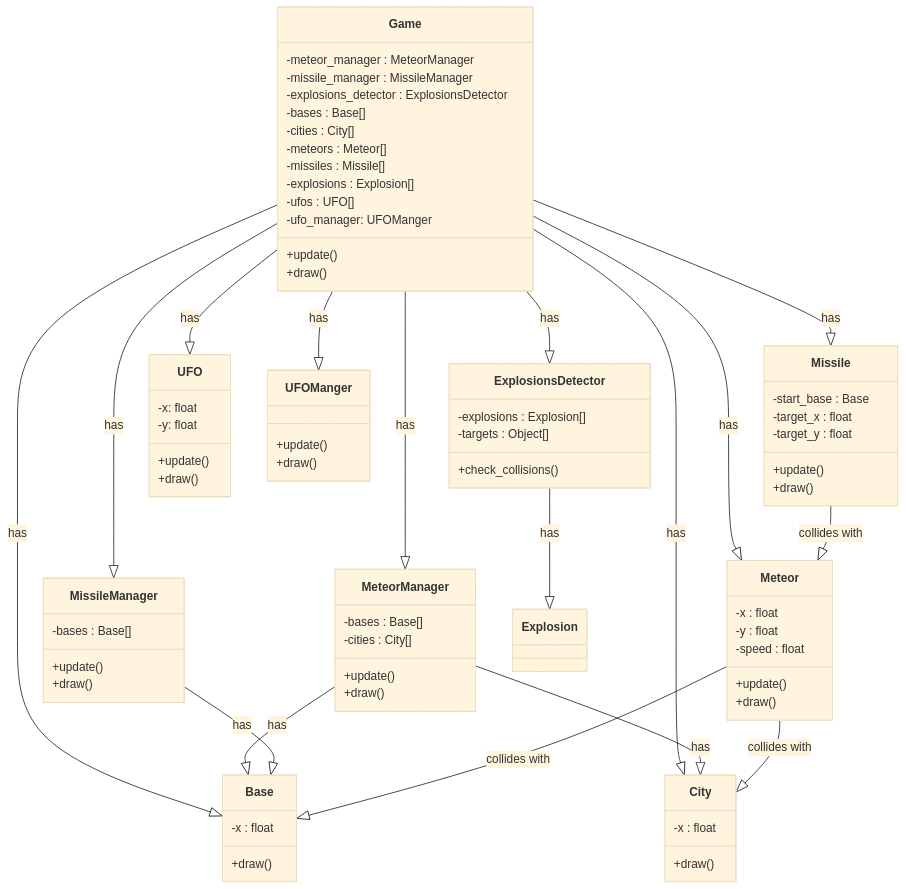
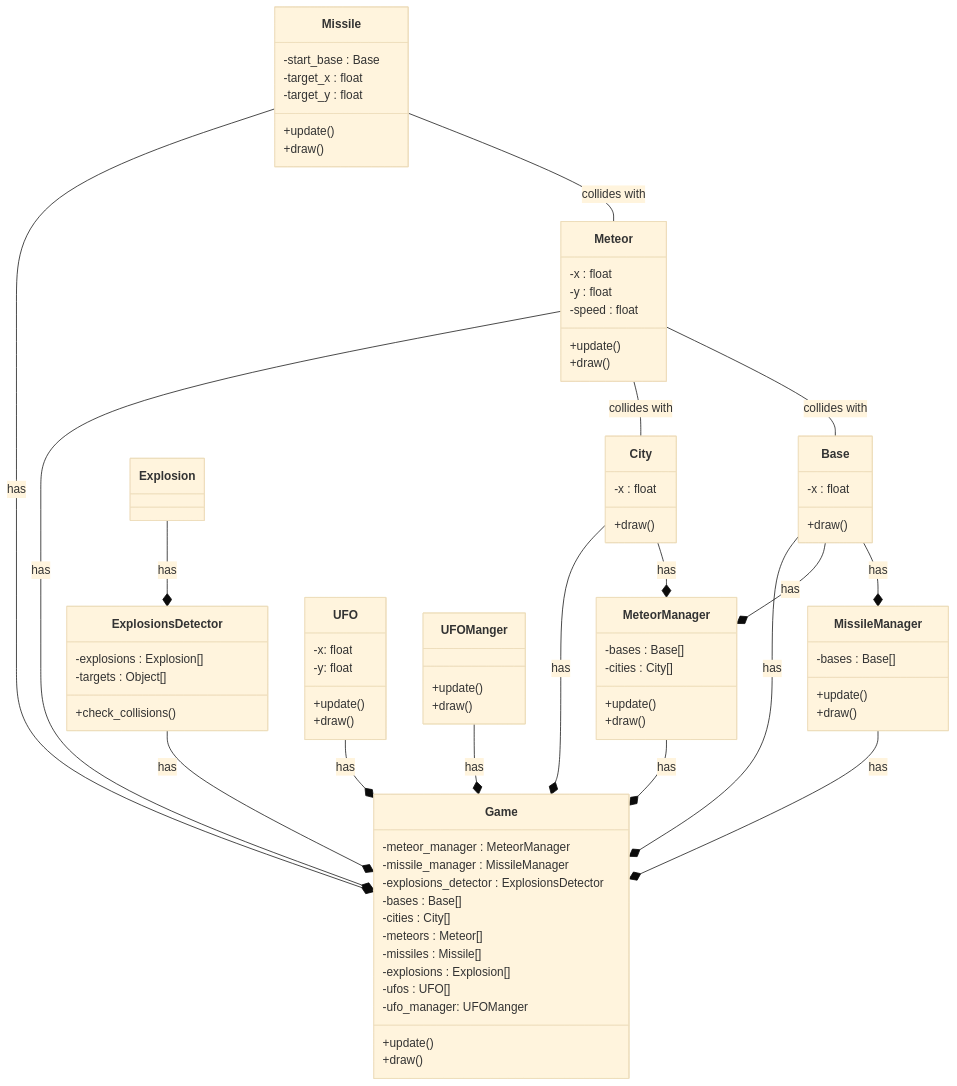
Before and after one commit to matsuuramasakazu/missile_command: the diagram in class_diagram.md, drawn with Mermaid (base theme).

Commit message:
Fix class diagram arrows

````diff
--- a/class_diagram.md
+++ b/class_diagram.md
@@ -64,20 +64,20 @@
       +draw()
     }
 
-    Game --|> MeteorManager : has
-    Game --|> MissileManager : has
-    Game --|> ExplosionsDetector : has
-    Game --|> Base : has
-    Game --|> City : has
-    Game --|> Meteor : has
-    Game --|> Missile : has
-    Game --|> UFO : has
-    Game --|> UFOManger: has
-    MeteorManager --|> Base : has
-    MeteorManager --|> City : has
-    MissileManager --|> Base : has
-    ExplosionsDetector --|> Explosion : has
-    Meteor --|> City : collides with
-    Meteor --|> Base : collides with
-    Missile --|> Meteor : collides with
+MeteorManager --* Game : has
+MissileManager --* Game : has
+ExplosionsDetector --* Game : has
+Base --* Game : has
+City --* Game : has
+Meteor --* Game : has
+Missile --* Game : has
+UFO --* Game : has
+UFOManger --* Game : has
+Base --* MeteorManager : has
+City --* MeteorManager : has
+Base --* MissileManager : has
+Explosion --* ExplosionsDetector : has
+Meteor -- City : collides with
+Meteor -- Base : collides with
+Missile -- Meteor : collides with
 ```
````
